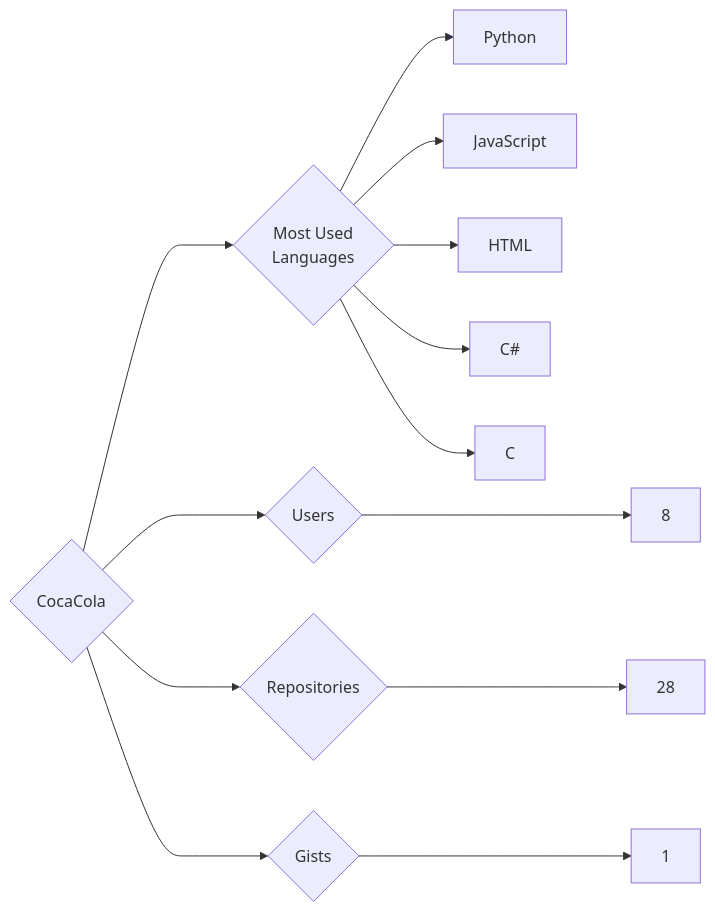
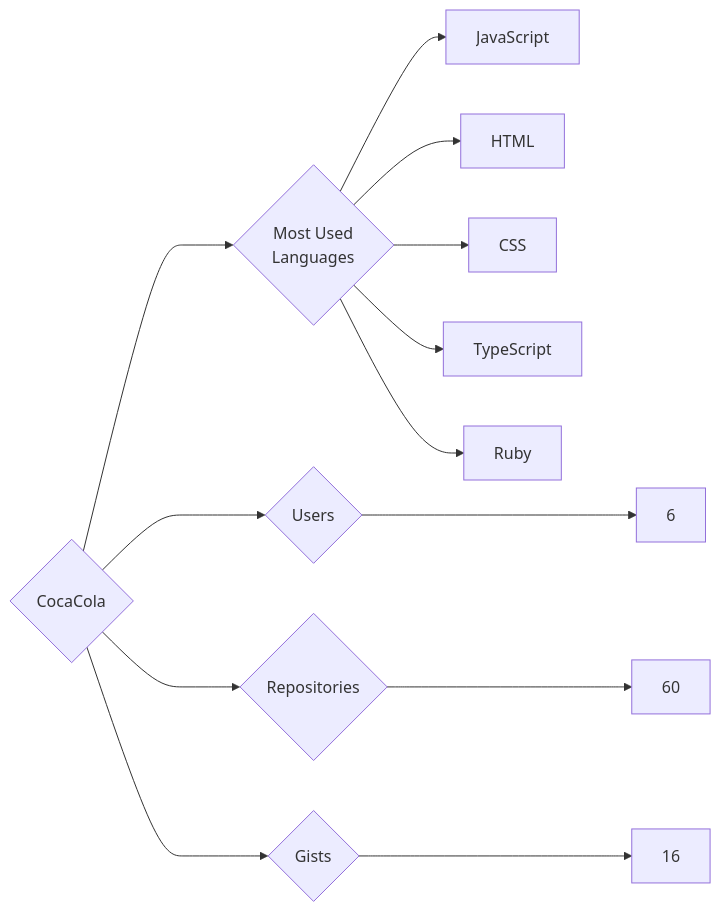
One commit to trickest/insiders changed the diagram in targets/CocaCola/README.md. Above: the diagram before and after it, drawn with Mermaid. The commit also changed 1141 other files, not shown here.

````diff
--- a/targets/CocaCola/README.md
+++ b/targets/CocaCola/README.md
@@ -3,13 +3,13 @@
 ```mermaid
 graph LR
 COMPANY_NAME{CocaCola}
-COMPANY_NAME ---> U{Users} ---> UN[8]
-COMPANY_NAME ---> R{Repositories} ---> RN[28]
-COMPANY_NAME ---> G{Gists} ---> GN[1]
+COMPANY_NAME ---> U{Users} ---> UN[6]
+COMPANY_NAME ---> R{Repositories} ---> RN[60]
+COMPANY_NAME ---> G{Gists} ---> GN[16]
 COMPANY_NAME ---> ML{Most Used<br>Languages}
-ML --> Python[Python]
 ML --> JavaScript[JavaScript]
 ML --> HTML[HTML]
-ML --> C#[C#]
-ML --> C[C]
+ML --> CSS[CSS]
+ML --> TypeScript[TypeScript]
+ML --> Ruby[Ruby]
 ```
````
